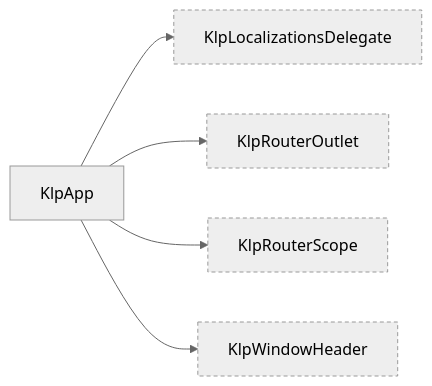
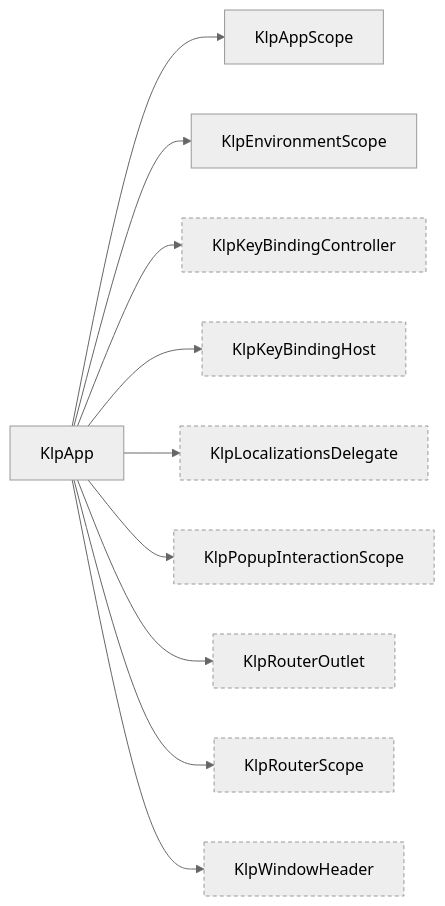
Before and after one commit to MiuDog/Kallopis: diagram 18 of 18 in spec/component-inventory.md, drawn with Mermaid (neutral theme). The commit also changed other lines of this file and 1105 other files, not shown here.

Commit message:
refactor: establish semantic design architecture

````diff
--- a/spec/component-inventory.md
+++ b/spec/component-inventory.md
@@ -1376,13 +1434,23 @@
 ```mermaid
 graph LR
   KlpApp["KlpApp"]
+  KlpAppScope["KlpAppScope"]
+  KlpEnvironmentScope["KlpEnvironmentScope"]
+  KlpKeyBindingController["KlpKeyBindingController"]:::external
+  KlpKeyBindingHost["KlpKeyBindingHost"]:::external
   KlpLocalizationsDelegate["KlpLocalizationsDelegate"]:::external
+  KlpPopupInteractionScope["KlpPopupInteractionScope"]:::external
   KlpRouterOutlet["KlpRouterOutlet"]:::external
   KlpRouterScope["KlpRouterScope"]:::external
   KlpWindowHeader["KlpWindowHeader"]:::external
+  KlpApp --> KlpAppScope
+  KlpApp --> KlpEnvironmentScope
+  KlpApp --> KlpKeyBindingController
+  KlpApp --> KlpKeyBindingHost
   KlpApp --> KlpLocalizationsDelegate
+  KlpApp --> KlpPopupInteractionScope
   KlpApp --> KlpRouterOutlet
   KlpApp --> KlpRouterScope
   KlpApp --> KlpWindowHeader
   classDef external stroke-dasharray: 4 3;
 ```
````
